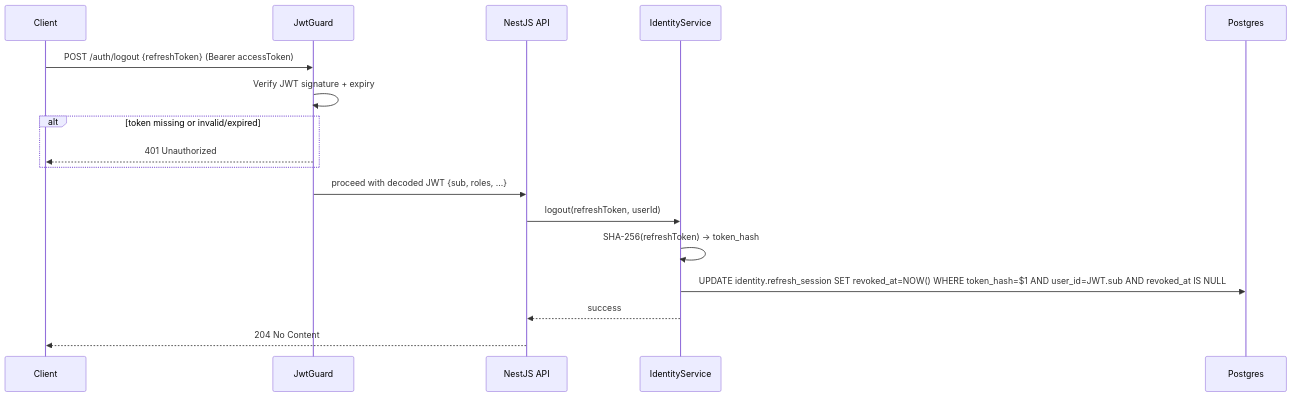
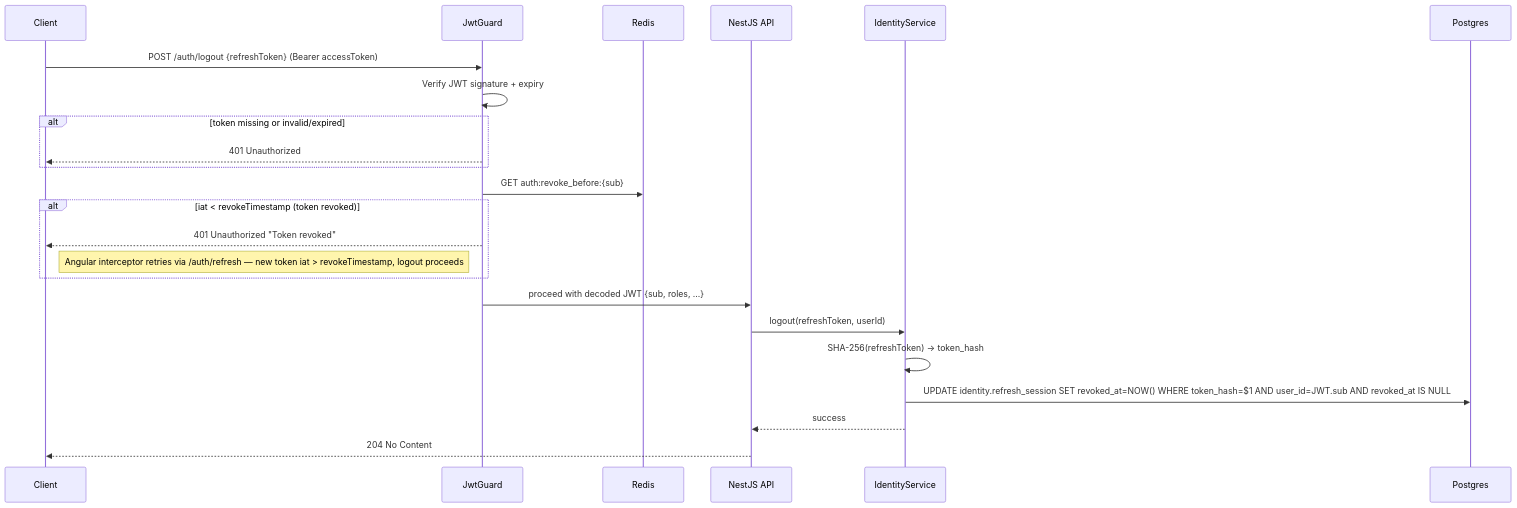
One commit to alisa-uthi/aliceut-ecom-document changed the fourth of 13 diagrams in phase-1/technical-design/api-design/auth.md. Above: the diagram before and after it, drawn with Mermaid. The commit also changed other lines of this file and 22 other files, not shown here.

````diff
--- a/phase-1/technical-design/api-design/auth.md
+++ b/phase-1/technical-design/api-design/auth.md
@@ -289,22 +295,28 @@
 ```mermaid
 sequenceDiagram
     participant C as Client
     participant G as JwtGuard
+    participant R as Redis
     participant A as NestJS API
     participant IS as IdentityService
     participant PG as Postgres
 
     C->>G: POST /auth/logout {refreshToken} (Bearer accessToken)
     G->>G: Verify JWT signature + expiry
     alt token missing or invalid/expired
         G-->>C: 401 Unauthorized
+    end
+    G->>R: GET auth:revoke_before:{sub}
+    alt iat < revokeTimestamp (token revoked)
+        G-->>C: 401 Unauthorized "Token revoked"
+        Note right of C: Angular interceptor retries via /auth/refresh — new token iat > revokeTimestamp, logout proceeds
     end
     G->>A: proceed with decoded JWT {sub, roles, ...}
 
     A->>IS: logout(refreshToken, userId)
     IS->>IS: SHA-256(refreshToken) → token_hash
     IS->>PG: UPDATE identity.refresh_session SET revoked_at=NOW() WHERE token_hash=$1 AND user_id=JWT.sub AND revoked_at IS NULL
 
     IS-->>A: success
     A-->>C: 204 No Content
 ```
````
